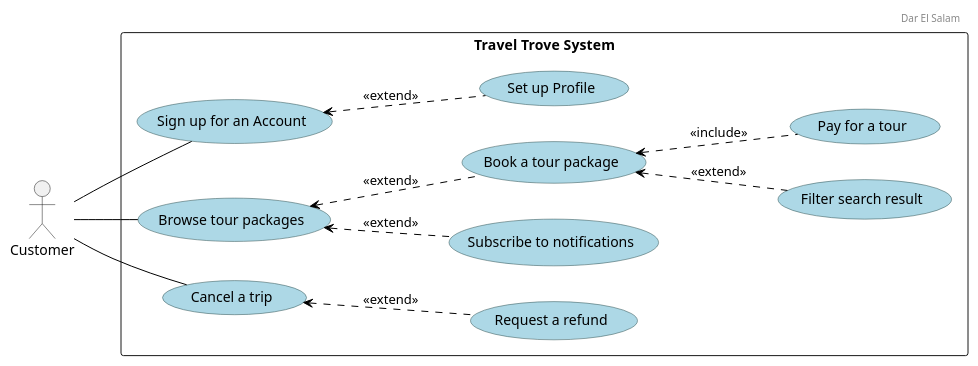
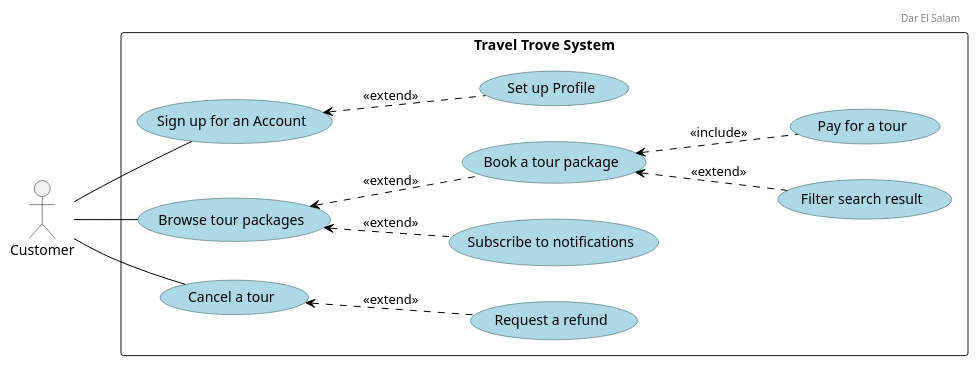
The diagram in diagrams/use cases/Customer.puml (Hares-2088/TravelTrove), drawn with PlantUML before and after one commit. The commit also changed 4 other files, not shown here.

Commit message:
Modifies the diagrams for the sprint1

```diff
--- a/diagrams/use cases/Customer.puml
+++ b/diagrams/use cases/Customer.puml
@@ -1,50 +1,50 @@
 @startuml
 
 left to right direction
 
 ' Add a header with left alignment
 header
 Dar El Salam
 endheader
 
 ' Align the header text to the left
 skinparam headerAlignment left
 
 ' Custom skin parameters for use cases
 skinparam usecase {
     BackgroundColor lightblue
     BorderColor DarkSlateGray
     ArrowColor Black
 }
 
 actor "Customer" as Customer
 
 rectangle "Travel Trove System" {
 
     usecase "Sign up for an Account"
     usecase "Set up Profile"
 
     usecase "Browse tour packages"
     usecase "Filter search result"
     usecase "Subscribe to notifications"
 
     usecase "Book a tour package"
     usecase "Pay for a tour"
 
-    usecase "Cancel a trip"
+    usecase "Cancel a tour"
     usecase "Request a refund"
 }
 
 "Sign up for an Account" <.. "Set up Profile" : <<extend>>
 "Browse tour packages" <.. "Book a tour package" : <<extend>>
 "Browse tour packages" <.. "Subscribe to notifications" : <<extend>>
 "Book a tour package" <.. "Filter search result" : <<extend>>
 "Book a tour package" <.. "Pay for a tour" : <<include>>
-"Cancel a trip" <.. "Request a refund" : <<extend>>
+"Cancel a tour" <.. "Request a refund" : <<extend>>
 
 Customer -- "Sign up for an Account"
 Customer -- "Browse tour packages"
 'Customer -- "Book a tour package"
-Customer -- "Cancel a trip"
+Customer -- "Cancel a tour"
 
 @enduml
```
